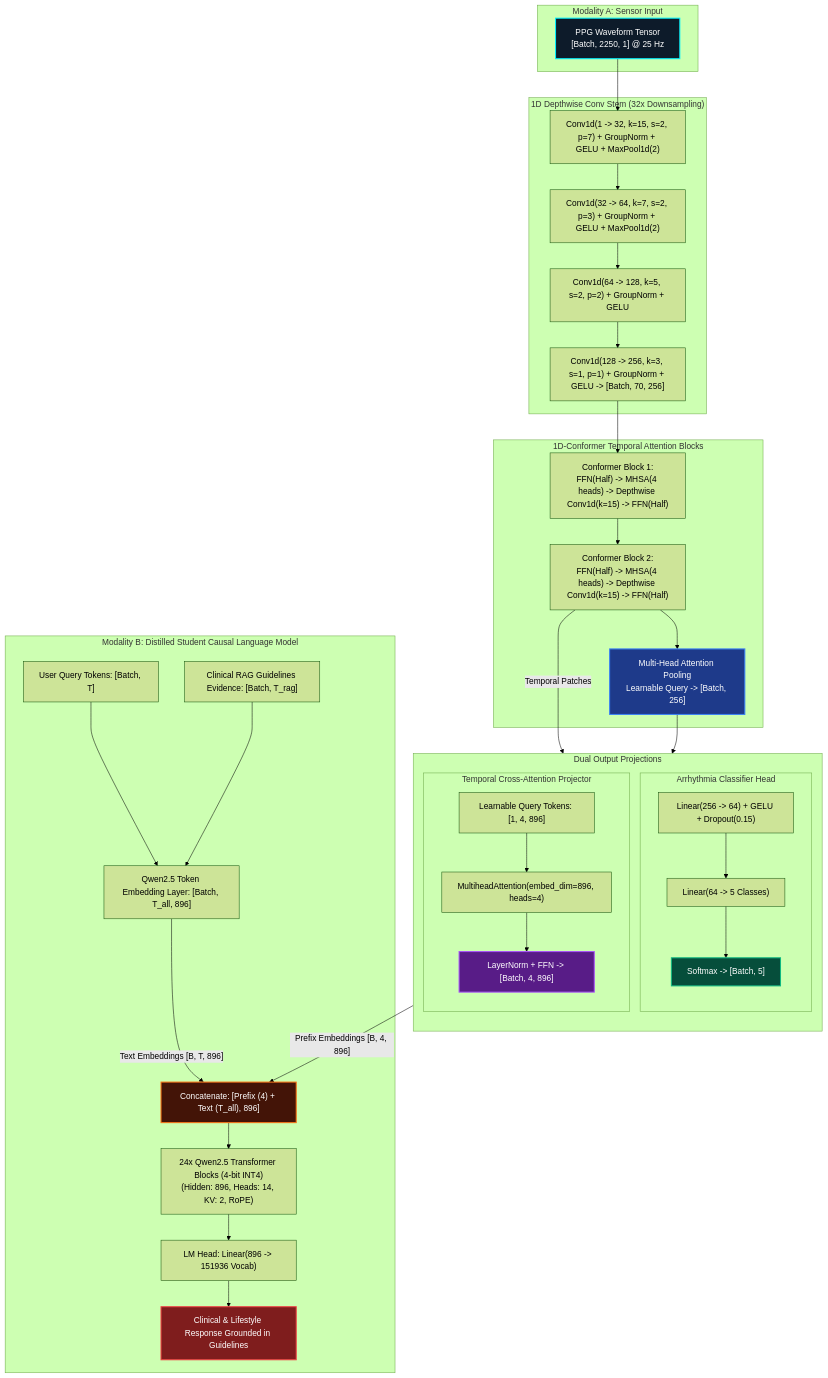
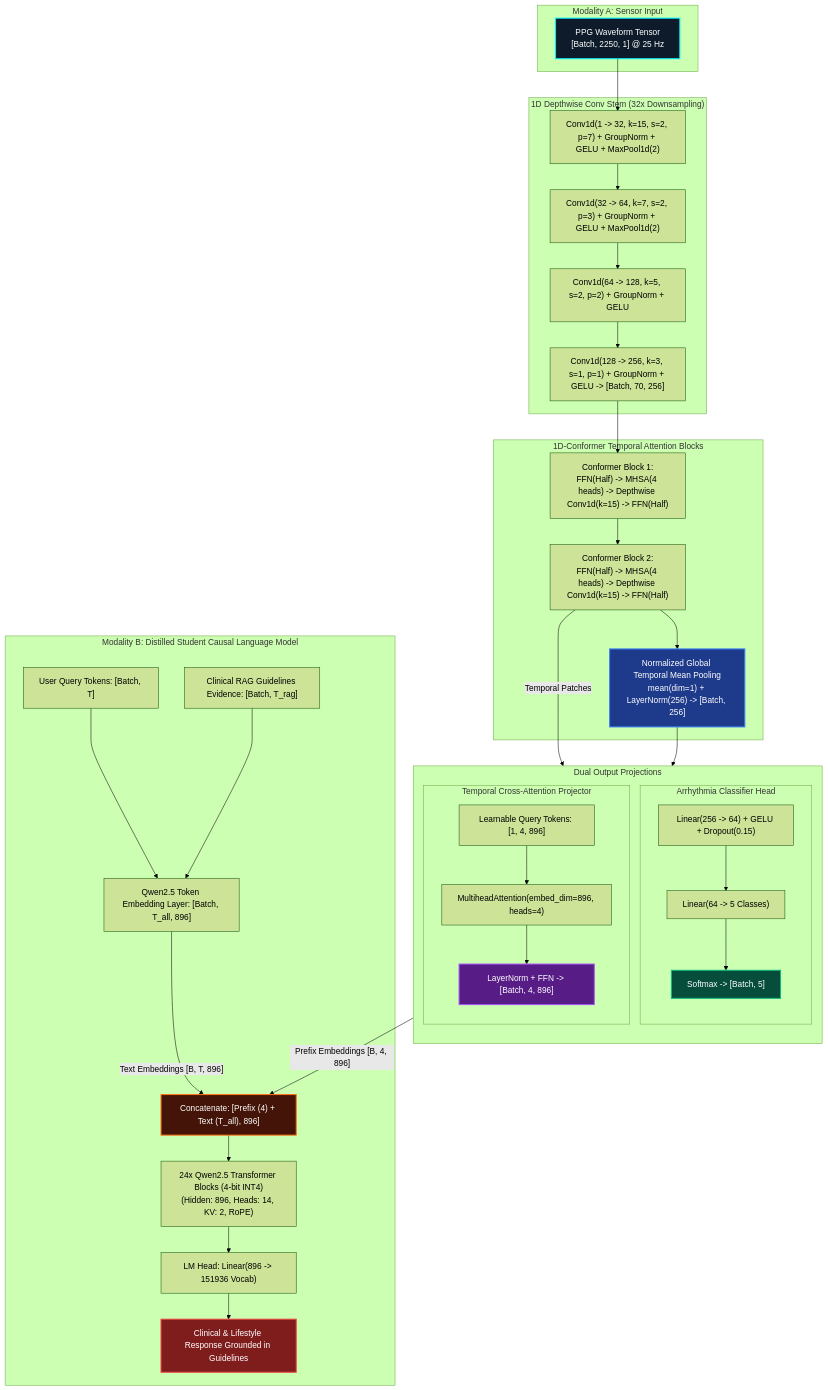
Before and after one commit to embedologist/Cardiac_MedGemma_Micro_model: the third of 5 diagrams in DOCUMENTATION.md, drawn with Mermaid (forest theme). The commit also changed other lines of this file and 21 other files, not shown here.

````diff
--- a/DOCUMENTATION.md
+++ b/DOCUMENTATION.md
@@ -153,65 +192,65 @@
 ```mermaid
 graph TD
     subgraph INPUT["Modality A: Sensor Input"]
         RAW["PPG Waveform Tensor<br/>[Batch, 2250, 1] @ 25 Hz"]
     end
 
     subgraph STEM["1D Depthwise Conv Stem (32x Downsampling)"]
         CONV0["Conv1d(1 -> 32, k=15, s=2, p=7) + GroupNorm + GELU + MaxPool1d(2)"]
         CONV1["Conv1d(32 -> 64, k=7, s=2, p=3) + GroupNorm + GELU + MaxPool1d(2)"]
         CONV2["Conv1d(64 -> 128, k=5, s=2, p=2) + GroupNorm + GELU"]
         CONV3["Conv1d(128 -> 256, k=3, s=1, p=1) + GroupNorm + GELU -> [Batch, 70, 256]"]
     end
 
     subgraph CONFORMER["1D-Conformer Temporal Attention Blocks"]
         CONF1["Conformer Block 1:<br/>FFN(Half) -> MHSA(4 heads) -> Depthwise Conv1d(k=15) -> FFN(Half)"]
         CONF2["Conformer Block 2:<br/>FFN(Half) -> MHSA(4 heads) -> Depthwise Conv1d(k=15) -> FFN(Half)"]
-        ATTN_POOL["Multi-Head Attention Pooling<br/>Learnable Query -> [Batch, 256]"]
+        ATTN_POOL["Normalized Global Temporal Mean Pooling<br/>mean(dim=1) + LayerNorm(256) -> [Batch, 256]"]
     end
 
     subgraph HEADS["Dual Output Projections"]
         direction TB
         subgraph CLS_BRANCH["Arrhythmia Classifier Head"]
             FC_C1["Linear(256 -> 64) + GELU + Dropout(0.15)"]
             FC_C2["Linear(64 -> 5 Classes)"]
             SOFT["Softmax -> [Batch, 5]"]
         end
 
         subgraph PROJ_BRANCH["Temporal Cross-Attention Projector"]
             QUERIES["Learnable Query Tokens: [1, 4, 896]"]
             CROSS_ATTN["MultiheadAttention(embed_dim=896, heads=4)"]
             NORM_FFN["LayerNorm + FFN -> [Batch, 4, 896]"]
         end
     end
 
     subgraph LM_STAGE["Modality B: Distilled Student Causal Language Model"]
         TEXT_IN["User Query Tokens: [Batch, T]"]
         RAG_IN["Clinical RAG Guidelines Evidence: [Batch, T_rag]"]
         EMBED["Qwen2.5 Token Embedding Layer: [Batch, T_all, 896]"]
         CONCAT["Concatenate: [Prefix (4) + Text (T_all), 896]"]
         TRANSFORMER["24x Qwen2.5 Transformer Blocks (4-bit INT4)<br/>(Hidden: 896, Heads: 14, KV: 2, RoPE)"]
         HEAD["LM Head: Linear(896 -> 151936 Vocab)"]
         OUTPUT_TEXT["Clinical & Lifestyle Response Grounded in Guidelines"]
     end
 
     RAW --> CONV0 --> CONV1 --> CONV2 --> CONV3
     CONV3 --> CONF1 --> CONF2
     CONF2 --> ATTN_POOL
     CONF2 -->|"Temporal Patches"| CROSS_ATTN
     
     ATTN_POOL --> FC_C1 --> FC_C2 --> SOFT
     QUERIES --> CROSS_ATTN --> NORM_FFN
     
     TEXT_IN --> EMBED
     RAG_IN --> EMBED
     NORM_FFN -->|"Prefix Embeddings [B, 4, 896]"| CONCAT
     EMBED -->|"Text Embeddings [B, T, 896]"| CONCAT
     CONCAT --> TRANSFORMER --> HEAD --> OUTPUT_TEXT
 
     style RAW fill:#0d1b2a,stroke:#00f0ff,stroke-width:2px,color:#fff
     style ATTN_POOL fill:#1e3a8a,stroke:#3b82f6,stroke-width:2px,color:#fff
     style SOFT fill:#064e3b,stroke:#10b981,stroke-width:2px,color:#fff
     style NORM_FFN fill:#581c87,stroke:#a855f7,stroke-width:2px,color:#fff
     style CONCAT fill:#431407,stroke:#f97316,stroke-width:2px,color:#fff
     style OUTPUT_TEXT fill:#7f1d1d,stroke:#ef4444,stroke-width:2px,color:#fff
 ```
````
